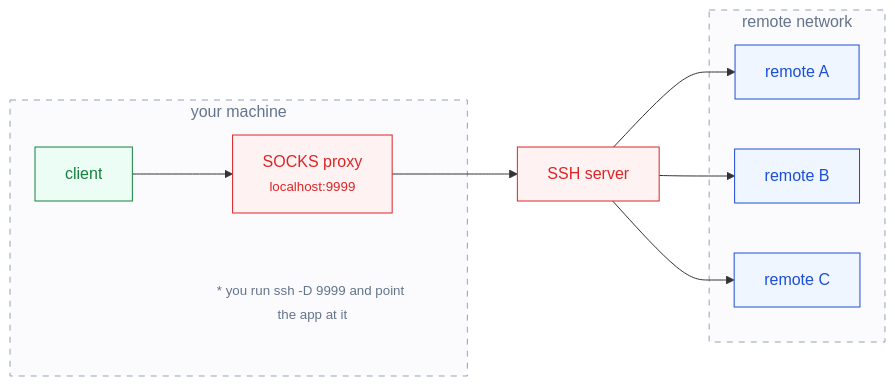
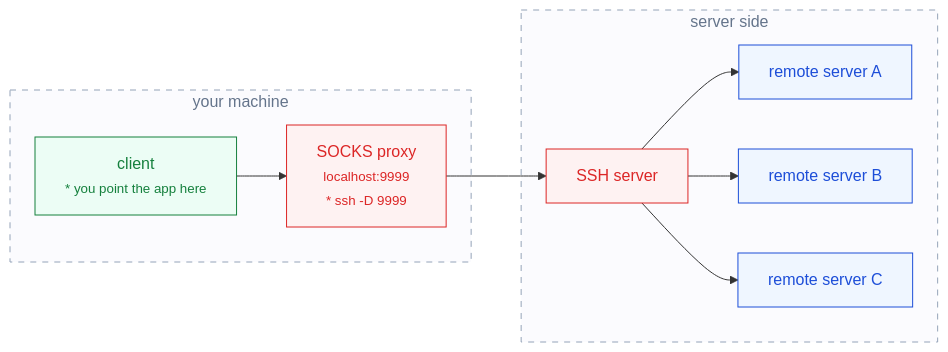
The third of 4 diagrams in _posts/ko/2026-09-16-proxy-and-port-forwarding.md (ssyrc/ssyrc.github.io), drawn with Mermaid before and after one commit. The commit also changed other lines of this file and 3 other files, not shown here.

First line of the commit message:
Fix diagram width, note placement and zone naming

````diff
--- a/_posts/ko/2026-09-16-proxy-and-port-forwarding.md
+++ b/_posts/ko/2026-09-16-proxy-and-port-forwarding.md
@@ -124,27 +121,21 @@
 ```mermaid
 flowchart LR
     subgraph LOCAL["your machine"]
-        C["client"] --> P["SOCKS proxy<br/><small>localhost:9999</small>"]
-        NOTE["<small>* you run ssh -D 9999 and point the app at it</small>"]
+        C["client<br/><small>* you point the app here</small>"] --> P["SOCKS proxy<br/><small>localhost:9999</small><br/><small>* ssh -D 9999</small>"]
     end
-    subgraph REMOTE["remote network"]
-        A["remote A"]
-        B["remote B"]
-        D["remote C"]
+    subgraph SRV["server side"]
+        H["SSH server"] --> A["remote server A"]
+        H --> B["remote server B"]
+        H --> D["remote server C"]
     end
-    P --> H["SSH server"]
-    H --> A
-    H --> B
-    H --> D
+    P --> H
     class C client
     class P,H proxy
     class A,B,D server
-    class NOTE note
-    class LOCAL,REMOTE zone
+    class LOCAL,SRV zone
     classDef client fill:#ecfdf5,stroke:#15803d,color:#15803d
     classDef proxy  fill:#fef2f2,stroke:#dc2626,color:#dc2626
     classDef server fill:#eff6ff,stroke:#1d4ed8,color:#1d4ed8
     classDef kernel fill:#ffffff,stroke:#dc2626,color:#64748b,stroke-dasharray:6 5
     classDef zone   fill:#fbfbfe,stroke:#94a3b8,color:#64748b,stroke-dasharray:6 6
-    classDef note   fill:none,stroke:none,color:#64748b
 ```
````
